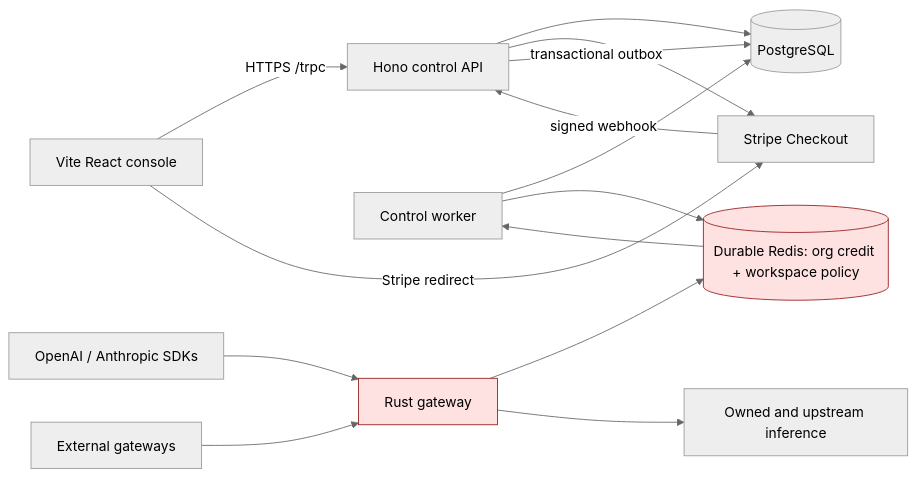
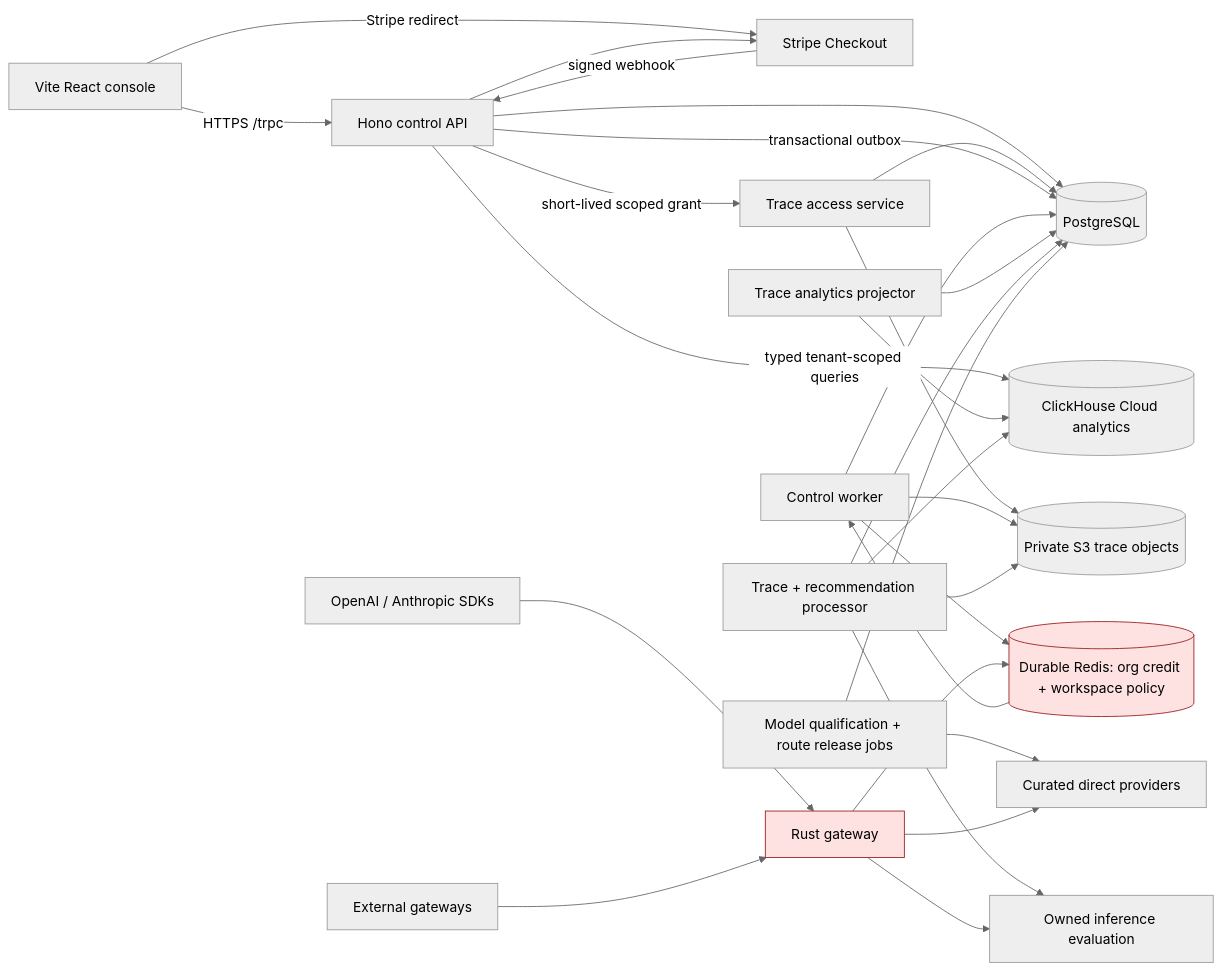
Before and after one commit to Gradiated/gradiated: the first of 2 diagrams in product/docs/ARCHITECTURE.md, drawn with Mermaid (neutral theme). The commit also changed other lines of this file and 21 other files, not shown here.

Commit message:
Define inference product and trace architecture (#5)

````diff
--- a/product/docs/ARCHITECTURE.md
+++ b/product/docs/ARCHITECTURE.md
@@ -5,20 +5,34 @@
 ```mermaid
 flowchart LR
   Browser[Vite React console] -->|HTTPS /trpc| API[Hono control API]
   Browser -->|Stripe redirect| Stripe[Stripe Checkout]
   API --> PG[(PostgreSQL)]
+  API -->|typed tenant-scoped queries| CH[(ClickHouse Cloud analytics)]
+  API -->|short-lived scoped grant| TraceAccess[Trace access service]
+  TraceAccess --> Traces[(Private S3 trace objects)]
+  TraceAccess --> PG
   API --> Stripe
   Stripe -->|signed webhook| API
   API -->|transactional outbox| PG
   Worker[Control worker] --> PG
   Worker --> Redis[(Durable Redis: org credit + workspace policy)]
   Redis --> Worker
+  Worker --> Traces
+  Projector[Trace analytics projector] --> PG
+  Projector --> CH
+  TraceProcessor[Trace + recommendation processor] --> Traces
+  TraceProcessor --> CH
+  TraceProcessor --> PG
+  TraceProcessor --> Owned[Owned inference evaluation]
+  ModelOps[Model qualification + route release jobs] --> PG
+  ModelOps --> Providers
 
   Clients[OpenAI / Anthropic SDKs] --> Gateway[Rust gateway]
   External[External gateways] --> Gateway
   Gateway --> Redis
-  Gateway --> Providers[Owned and upstream inference]
+  Gateway --> Providers[Curated direct providers]
+  Gateway --> Owned
 
   classDef hot fill:#fee2e2,stroke:#991b1b;
   class Gateway,Redis hot;
 ```
````
